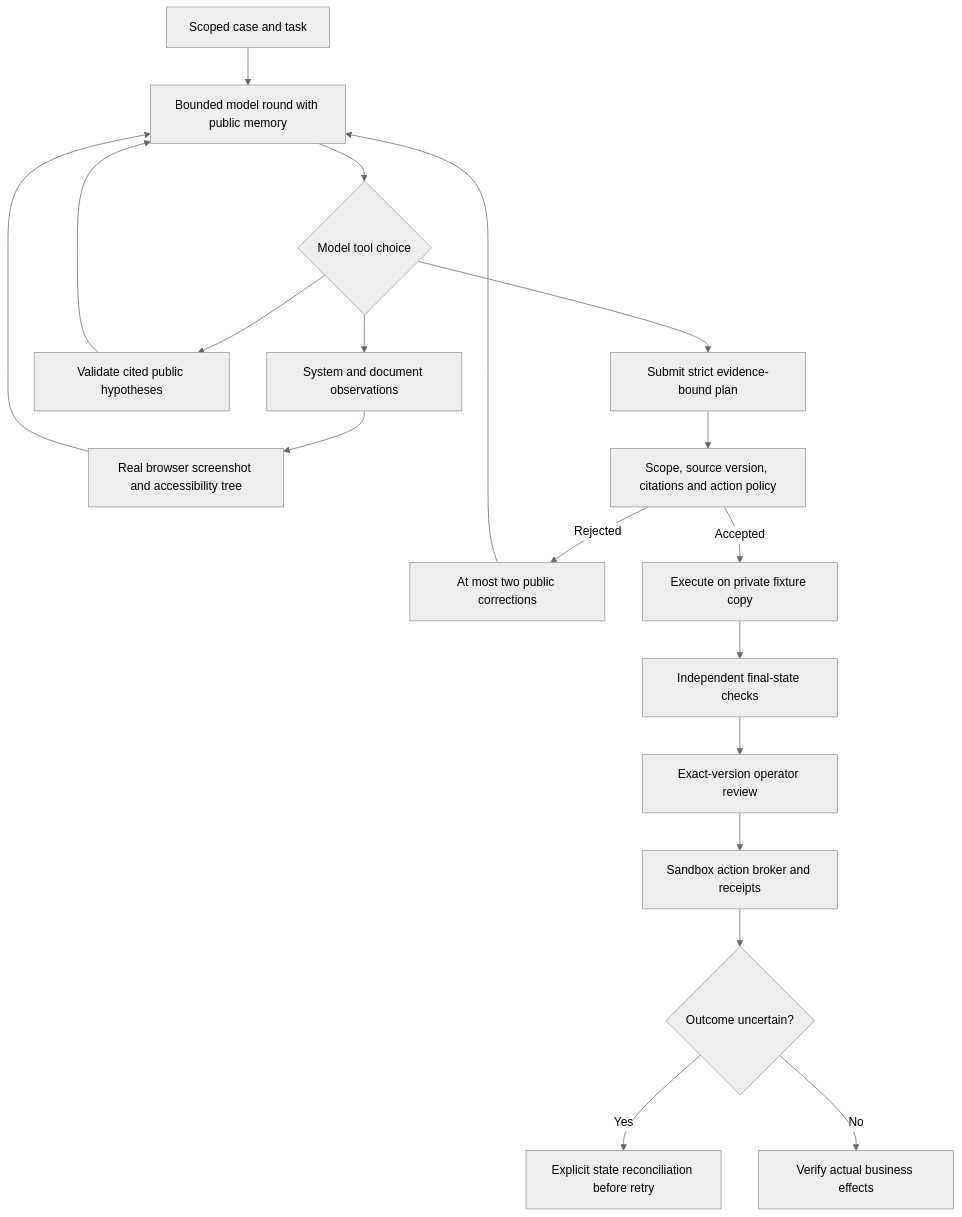
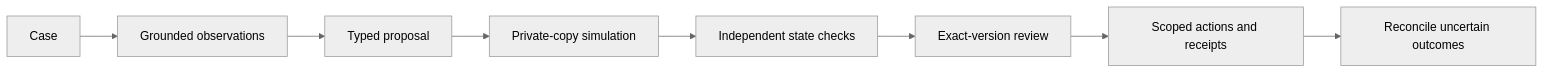
The diagram in README.md (Akhilesh-Vangala/relayops), drawn with Mermaid before and after one commit. The commit also changed other lines of this file and 123 other files, not shown here.

````diff
--- a/README.md
+++ b/README.md
@@ -95,22 +40,11 @@
 ```mermaid
 %%{init: {"theme": "neutral"}}%%
-flowchart TD
-    Goal[Scoped case and task] --> Model[Bounded model round with public memory]
-    Model --> Choice{Model tool choice}
-    Choice --> Observe[System and document observations]
-    Observe --> Pixels[Real browser screenshot and accessibility tree]
-    Pixels --> Model
-    Choice --> Memory[Validate cited public hypotheses]
-    Memory --> Model
-    Choice --> Plan[Submit strict evidence-bound plan]
-    Plan --> Public[Scope, source version, citations and action policy]
-    Public -->|Rejected| Feedback[At most two public corrections]
-    Feedback --> Model
-    Public -->|Accepted| Simulate[Execute on private fixture copy]
-    Simulate --> Verify[Independent final-state checks]
-    Verify --> Review[Exact-version operator review]
-    Review --> Execute[Sandbox action broker and receipts]
-    Execute --> Unknown{Outcome uncertain?}
-    Unknown -->|Yes| Reconcile[Explicit state reconciliation before retry]
-    Unknown -->|No| Final[Verify actual business effects]
+flowchart LR
+  Case --> Evidence[Grounded observations]
+  Evidence --> Proposal[Typed proposal]
+  Proposal --> Simulation[Private-copy simulation]
+  Simulation --> Checks[Independent state checks]
+  Checks --> Review[Exact-version review]
+  Review --> Act[Scoped actions and receipts]
+  Act --> Recovery[Reconcile uncertain outcomes]
 ```
````
